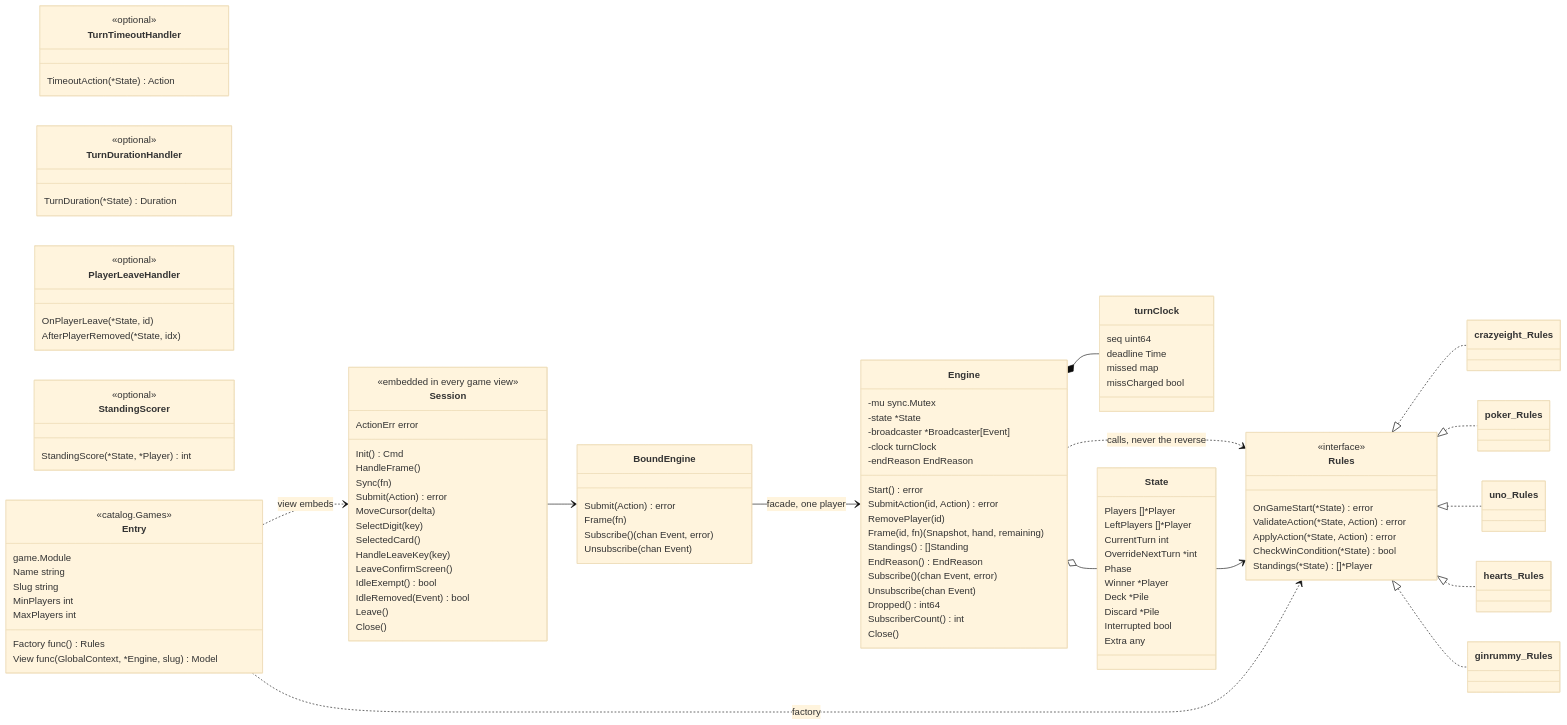
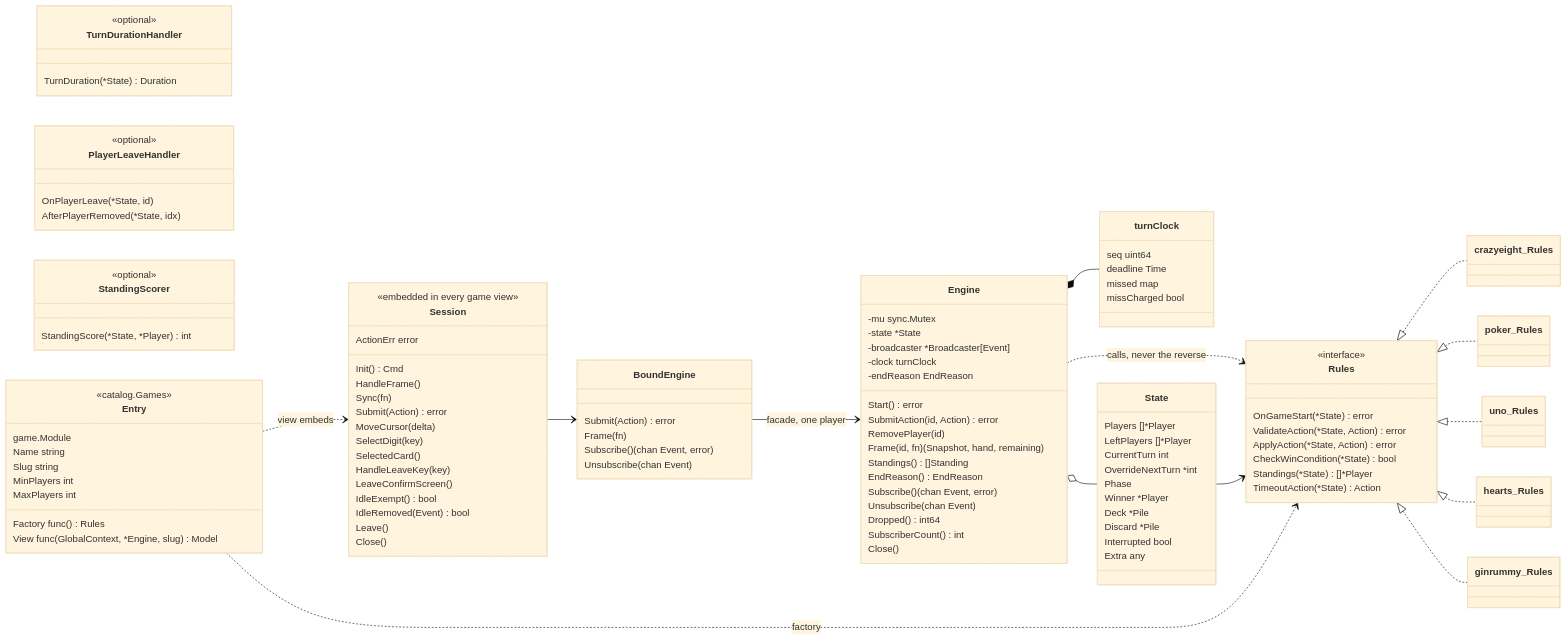
The tenth of 11 diagrams in docs/codebase-map.md (Pieczasz/tty-cards), drawn with Mermaid (base theme) before and after one commit. The commit also changed other lines of this file and 19 other files, not shown here.

Commit message:
refactor(game): TimeoutAction joins Rules; WithTurnTimeout is the off switch

```diff
--- a/docs/codebase-map.md
+++ b/docs/codebase-map.md
@@ -352,9 +352,6 @@
         ApplyAction(*State, Action) error
         CheckWinCondition(*State) bool
         Standings(*State) []*Player
-    }
-    class TurnTimeoutHandler {
-        <<optional>>
         TimeoutAction(*State) Action
     }
     class TurnDurationHandler {
```
